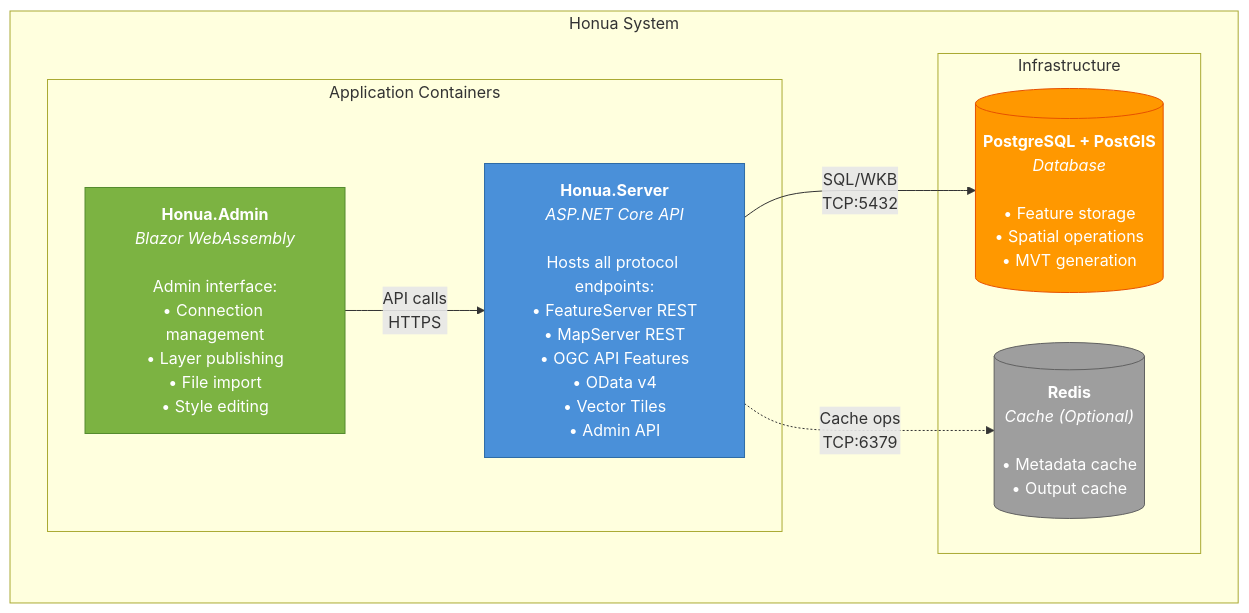
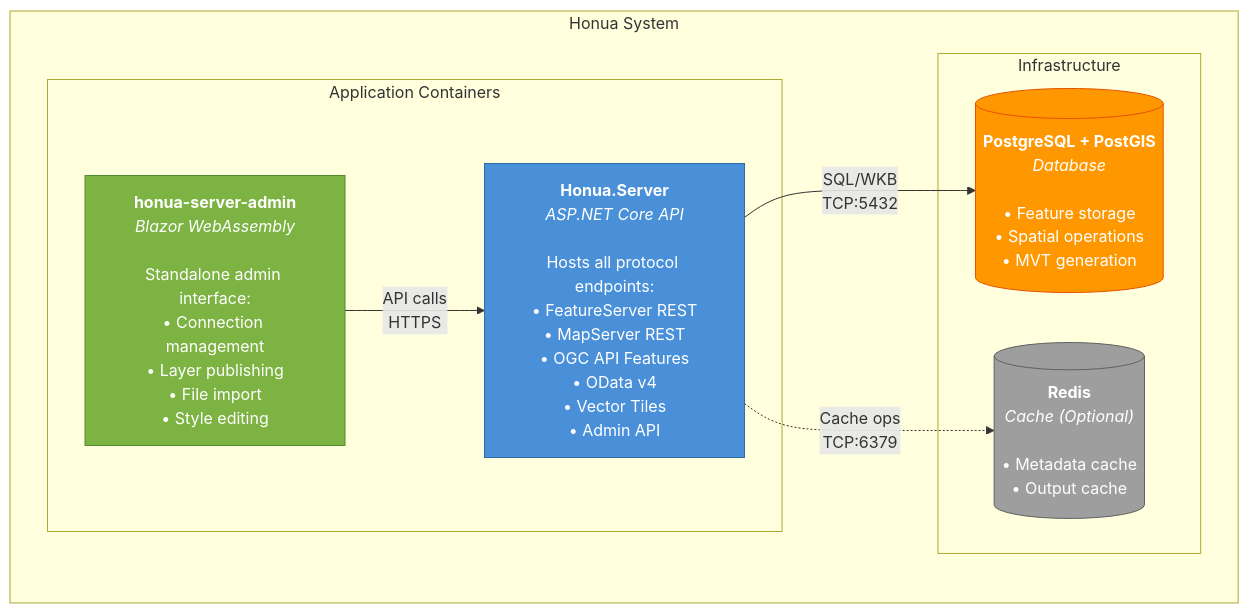
The third of 12 diagrams in docs/contributor/ARCHITECTURE_DIAGRAMS.md (honua-io/honua-server), drawn with Mermaid before and after one commit. The commit also changed other lines of this file and 23 other files, not shown here.

````diff
--- a/docs/contributor/ARCHITECTURE_DIAGRAMS.md
+++ b/docs/contributor/ARCHITECTURE_DIAGRAMS.md
@@ -81,25 +81,25 @@
 ```mermaid
 graph TB
     subgraph "Honua System"
         subgraph "Application Containers"
             Server["<b>Honua.Server</b><br/><i>ASP.NET Core API</i><br/><br/>Hosts all protocol endpoints:<br/>• FeatureServer REST<br/>• MapServer REST<br/>• OGC API Features<br/>• OData v4<br/>• Vector Tiles<br/>• Admin API"]
 
-            AdminUI["<b>Honua.Admin</b><br/><i>Blazor WebAssembly</i><br/><br/>Admin interface:<br/>• Connection management<br/>• Layer publishing<br/>• File import<br/>• Style editing"]
+            AdminUI["<b>honua-server-admin</b><br/><i>Blazor WebAssembly</i><br/><br/>Standalone admin interface:<br/>• Connection management<br/>• Layer publishing<br/>• File import<br/>• Style editing"]
         end
 
         subgraph "Infrastructure"
             DB[("<b>PostgreSQL + PostGIS</b><br/><i>Database</i><br/><br/>• Feature storage<br/>• Spatial operations<br/>• MVT generation")]
 
             Redis[("<b>Redis</b><br/><i>Cache (Optional)</i><br/><br/>• Metadata cache<br/>• Output cache")]
         end
     end
 
     AdminUI -->|"API calls<br/>HTTPS"| Server
     Server -->|"SQL/WKB<br/>TCP:5432"| DB
     Server -.->|"Cache ops<br/>TCP:6379"| Redis
 
     style Server fill:#4A90D9,stroke:#2E6BA6,color:#fff
     style AdminUI fill:#7CB342,stroke:#558B2F,color:#fff
     style DB fill:#FF9800,stroke:#E65100,color:#fff
     style Redis fill:#9E9E9E,stroke:#616161,color:#fff
 ```
````
